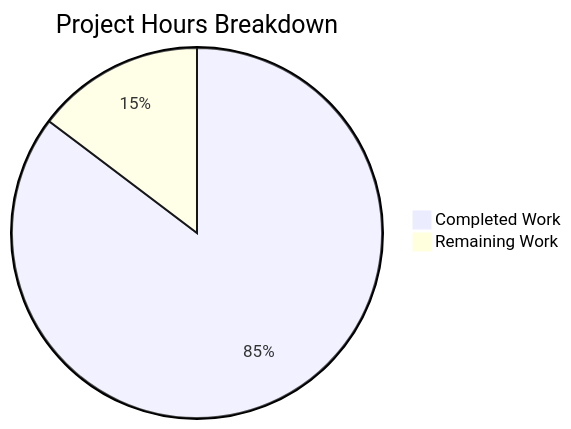
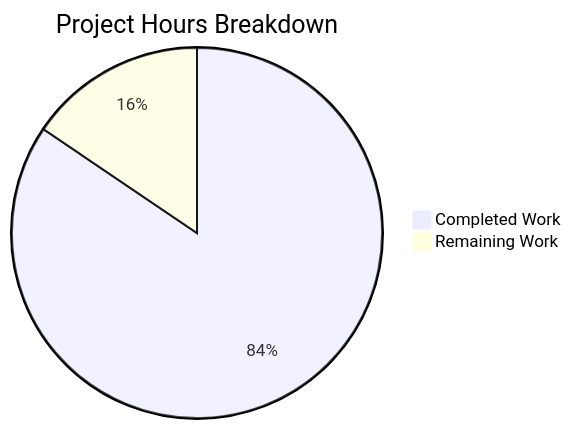
Before and after one commit to Blitzy-Sandbox/blitzy-bluez: the second of 2 diagrams in blitzy/documentation/Project Guide.md, drawn with Mermaid. The commit also changed other lines of this file, not shown here.

Commit message:
Adding Blitzy Project Guide: Project Status and Human Tasks Remaining

````diff
--- a/blitzy/documentation/Project Guide.md
+++ b/blitzy/documentation/Project Guide.md
@@ -253,5 +245,5 @@
 ```mermaid
 pie title Project Hours Breakdown
-    "Completed Work" : 650
-    "Remaining Work" : 112
+    "Completed Work" : 625
+    "Remaining Work" : 115
 ```
````
